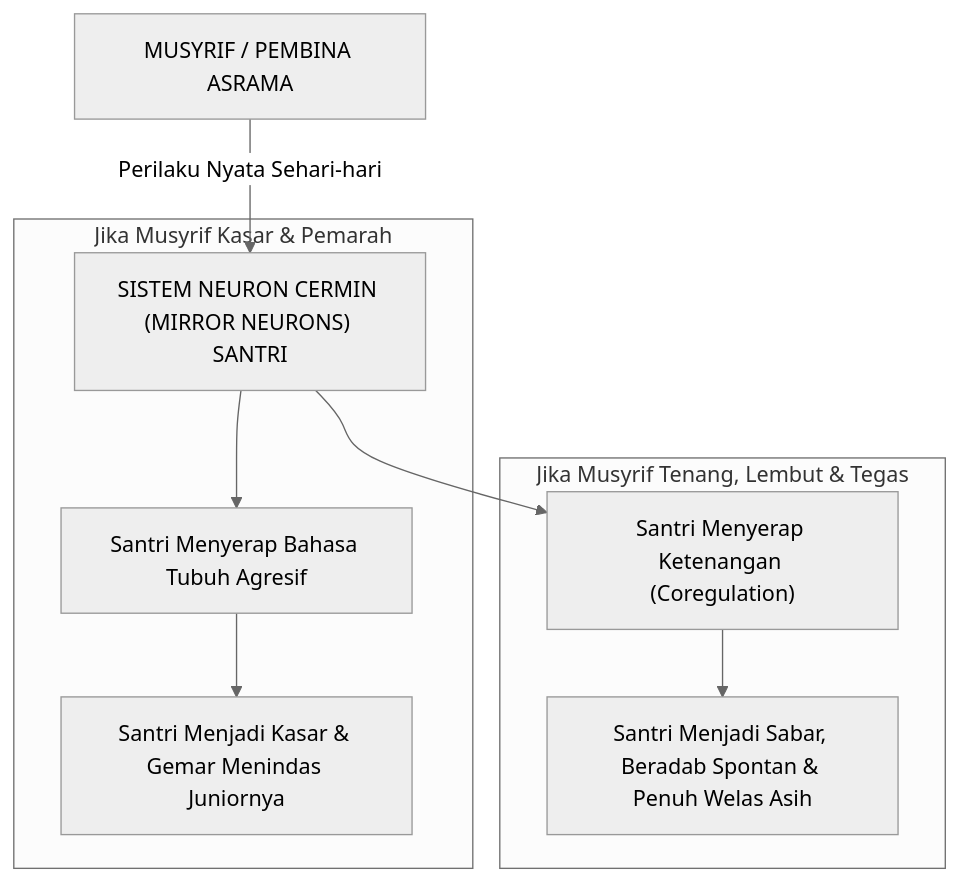
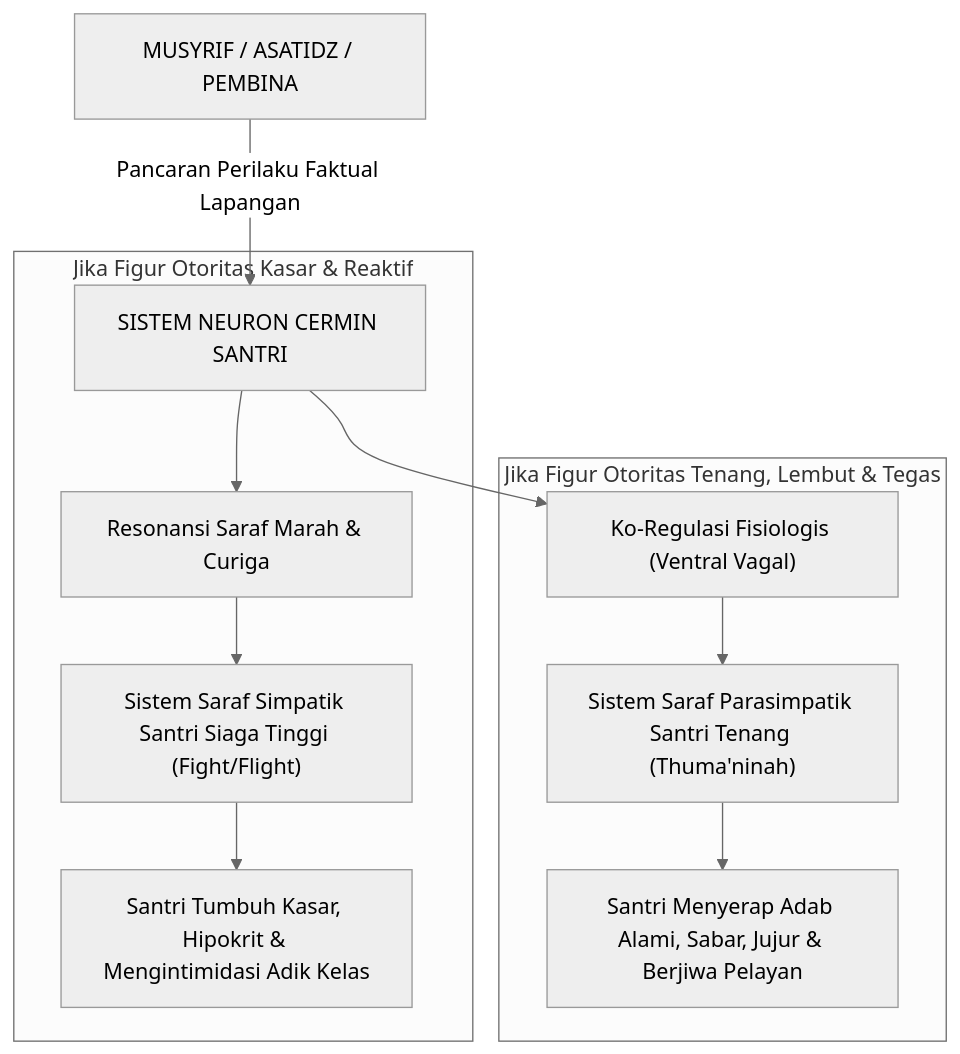
The second of 4 diagrams in BOOK Series 1/01-The-Fundamental-of-TUMBUH/BAGIAN-III/Bab-06-Falsafah-Tarbiyah-Tadib-dan-Ekosistem-Keteladanan.md (wandiapriliyandi/tumbuh), drawn with Mermaid (neutral theme) before and after one commit. The commit also changed other lines of this file and 4 other files, not shown here.

````diff
--- a/BOOK Series 1/01-The-Fundamental-of-TUMBUH/BAGIAN-III/Bab-06-Falsafah-Tarbiyah-Tadib-dan-Ekosistem-Keteladanan.md
+++ b/BOOK Series 1/01-The-Fundamental-of-TUMBUH/BAGIAN-III/Bab-06-Falsafah-Tarbiyah-Tadib-dan-Ekosistem-Keteladanan.md
@@ -77,14 +105,16 @@
 ```mermaid
 graph TD
-    A["MUSYRIF / PEMBINA ASRAMA"] -->|Perilaku Nyata Sehari-hari| B["SISTEM NEURON CERMIN (MIRROR NEURONS) SANTRI"]
+    A["MUSYRIF / ASATIDZ / PEMBINA"] -->|Pancaran Perilaku Faktual Lapangan| B["SISTEM NEURON CERMIN SANTRI"]
     
-    subgraph JALUR_BURUK["Jika Musyrif Kasar & Pemarah"]
-        B --> C1["Santri Menyerap Bahasa Tubuh Agresif"]
-        C1 --> D1["Santri Menjadi Kasar & Gemar Menindas Juniornya"]
+    subgraph JALUR_KASAR["Jika Figur Otoritas Kasar & Reaktif"]
+        B --> C1["Resonansi Saraf Marah & Curiga"]
+        C1 --> D1["Sistem Saraf Simpatik Santri Siaga Tinggi (Fight/Flight)"]
+        D1 --> E1["Santri Tumbuh Kasar, Hipokrit & Mengintimidasi Adik Kelas"]
     end
     
-    subgraph JALUR_QUDWAH["Jika Musyrif Tenang, Lembut & Tegas"]
-        B --> C2["Santri Menyerap Ketenangan (Coregulation)"]
-        C2 --> D2["Santri Menjadi Sabar, Beradab Spontan & Penuh Welas Asih"]
+    subgraph JALUR_QUDWAH["Jika Figur Otoritas Tenang, Lembut & Tegas"]
+        B --> C2["Ko-Regulasi Fisiologis (Ventral Vagal)"]
+        C2 --> D2["Sistem Saraf Parasimpatik Santri Tenang (Thuma'ninah)"]
+        D2 --> E2["Santri Menyerap Adab Alami, Sabar, Jujur & Berjiwa Pelayan"]
     end
 ```
````
